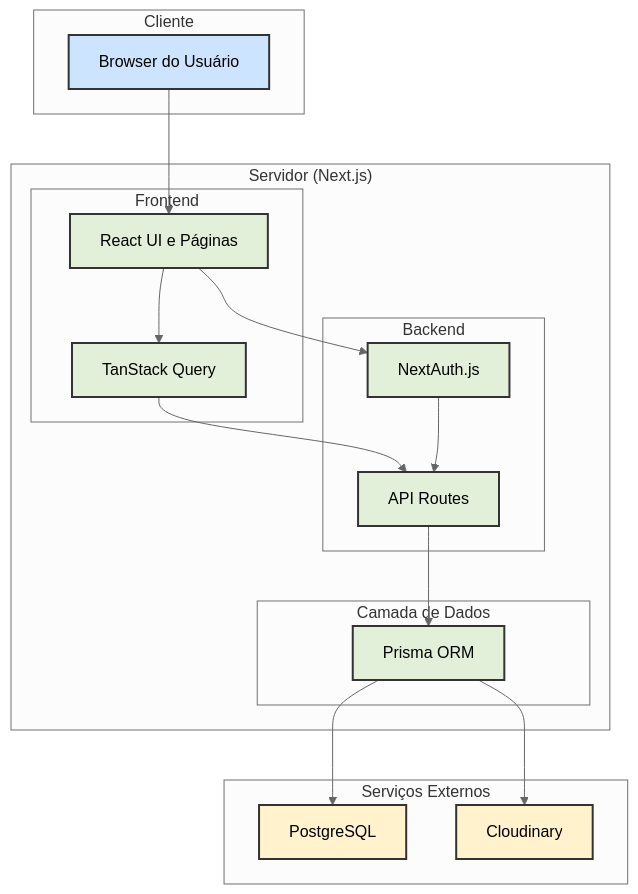
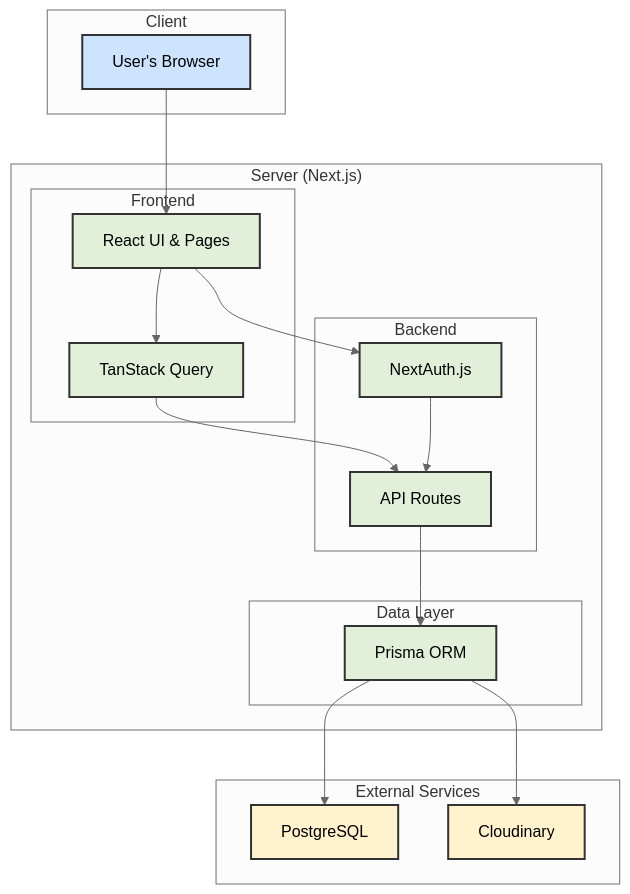
One commit to ppconrado/modern-e-commerce changed the first of 4 diagrams in PROJECT_OVERVIEW.md. Above: the diagram before and after it, drawn with Mermaid (neutral theme). The commit also changed other lines of this file, not shown here.

Commit message:
fix(docs): translate project overview to English and enhance clarity in architecture descriptions

````diff
--- a/PROJECT_OVERVIEW.md
+++ b/PROJECT_OVERVIEW.md
@@ -11,44 +11,44 @@
 ```mermaid
 graph TD
-    subgraph "Cliente"
-        Browser["Browser do Usuário"]
+    subgraph "Client"
+        Browser["User's Browser"]
     end
 
-    subgraph "Servidor (Next.js)"
+    subgraph "Server (Next.js)"
         subgraph "Frontend"
-            A["React UI e Páginas"]
+            A["React UI & Pages"]
             B["TanStack Query"]
         end
         subgraph "Backend"
             C["API Routes"]
             D["NextAuth.js"]
         end
-        subgraph "Camada de Dados"
+        subgraph "Data Layer"
             E["Prisma ORM"]
         end
     end
 
-    subgraph "Serviços Externos"
+    subgraph "External Services"
         F["PostgreSQL"]
         G["Cloudinary"]
     end
 
     Browser --> A
     A --> B
     B --> C
     A --> D
     D --> C
     C --> E
     E --> F
     E --> G
 
-    classDef client fill:#cde4ff,stroke:#333,stroke-width:2px;
-    classDef server fill:#e2f0d9,stroke:#333,stroke-width:2px;
-    classDef external fill:#fff2cc,stroke:#333,stroke-width:2px;
+    classDef client fill:#cde4ff,stroke:#333,stroke-width:2px,color:#000;
+    classDef server fill:#e2f0d9,stroke:#333,stroke-width:2px,color:#000;
+    classDef external fill:#fff2cc,stroke:#333,stroke-width:2px,color:#000;
 
     class Browser client;
     class A,B server;
     class C,D server;
     class E server;
     class F,G external;
 ```
````
